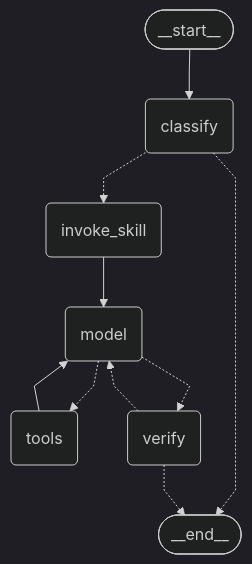
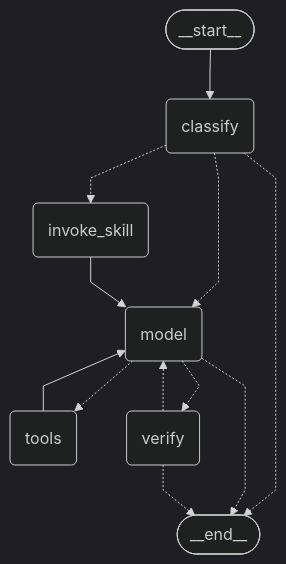
The diagram in docs/diagrams/agent-graph.md (hadifar/rag), drawn with Mermaid (dark theme) before and after one commit. The commit also changed other lines of this file and 1 other file, not shown here.

Commit message:
refactor(backend): route off-topic questions from classify straight to the model

````diff
--- a/docs/diagrams/agent-graph.md
+++ b/docs/diagrams/agent-graph.md
@@ -5,24 +5,26 @@
 ```mermaid
 ---
 config:
   flowchart:
     curve: linear
 ---
 graph TD;
 	__start__([<p>__start__</p>]):::first
 	classify(classify)
 	invoke_skill(invoke_skill)
 	model(model)
 	tools(tools)
 	verify(verify)
 	__end__([<p>__end__</p>]):::last
 	__start__ --> classify;
 	classify -.-> __end__;
 	classify -.-> invoke_skill;
+	classify -.-> model;
 	invoke_skill --> model;
+	model -.-> __end__;
 	model -.-> tools;
 	model -.-> verify;
 	tools --> model;
 	verify -.-> __end__;
 	verify -.-> model;
 ```
````
